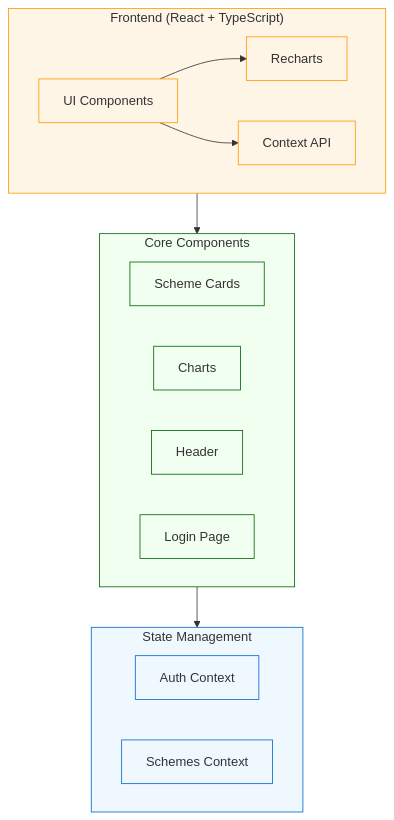
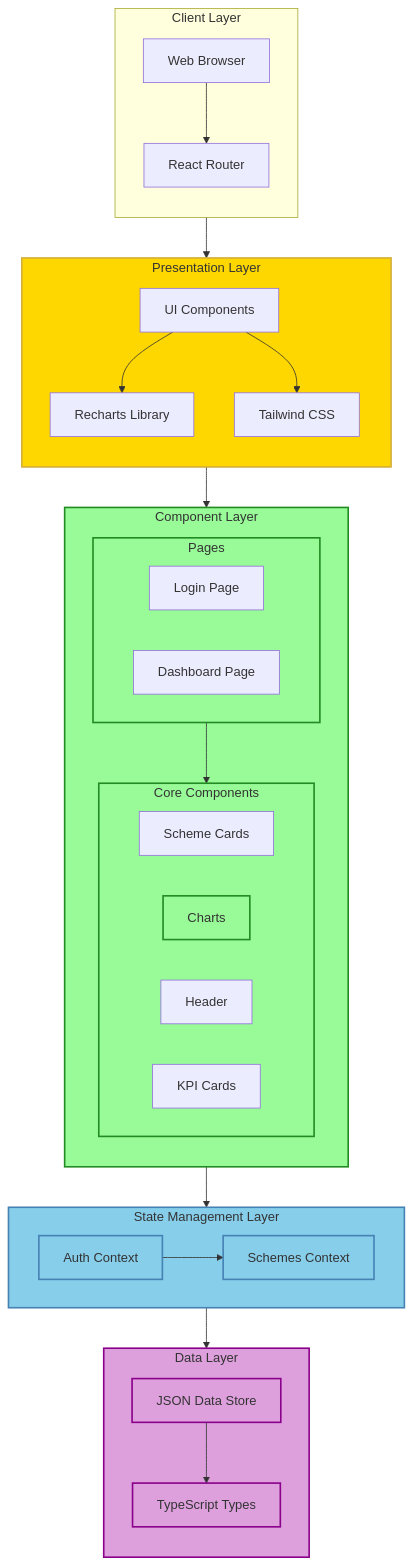
One commit to ogshivam/maharashtra-scheme-visualizer changed the first of 2 diagrams in README.md. Above: the diagram before and after it, drawn with Mermaid. The commit also changed other lines of this file, not shown here.

Commit message:
updated diagram

````diff
--- a/README.md
+++ b/README.md
@@ -7,37 +7,68 @@
 ```mermaid
 flowchart TD
-    subgraph Frontend ["Frontend (React + TypeScript)"]
-        style Frontend fill:#fff5e6,stroke:#ff9900
-        UI[UI Components]
-        RC[Recharts]
-        CTX[Context API]
-        style UI fill:#fff5e6,stroke:#ff9900
-        style RC fill:#fff5e6,stroke:#ff9900
-        style CTX fill:#fff5e6,stroke:#ff9900
-        UI --> RC
-        UI --> CTX
+    classDef frontend fill:#FFD700,stroke:#D4AF37,stroke-width:2px
+    classDef components fill:#98FB98,stroke:#228B22,stroke-width:2px
+    classDef state fill:#87CEEB,stroke:#4682B4,stroke-width:2px
+    classDef data fill:#DDA0DD,stroke:#8B008B,stroke-width:2px
+
+    subgraph Client ["Client Layer"]
+        direction TB
+        Browser["Web Browser"]
+        Router["React Router"]
+        
+        Browser --> Router
     end
 
-    subgraph Components ["Core Components"]
-        style Components fill:#f0fff0,stroke:#006400
-        SC[Scheme Cards]
-        CH[Charts]
-        HD[Header]
-        LP[Login Page]
-        style SC fill:#f0fff0,stroke:#006400
-        style CH fill:#f0fff0,stroke:#006400
-        style HD fill:#f0fff0,stroke:#006400
-        style LP fill:#f0fff0,stroke:#006400
+    subgraph Frontend ["Presentation Layer"]
+        direction TB
+        UI["UI Components"]
+        RC["Recharts Library"]
+        Tailwind["Tailwind CSS"]
+        
+        UI --> RC
+        UI --> Tailwind
     end
 
-    subgraph State ["State Management"]
-        style State fill:#f0f8ff,stroke:#0066cc
-        AC[Auth Context]
-        SchC[Schemes Context]
-        style AC fill:#f0f8ff,stroke:#0066cc
-        style SchC fill:#f0f8ff,stroke:#0066cc
+    subgraph Components ["Component Layer"]
+        direction TB
+        subgraph Pages ["Pages"]
+            LP["Login Page"]
+            DP["Dashboard Page"]
+        end
+        
+        subgraph Core ["Core Components"]
+            SC["Scheme Cards"]
+            CH["Charts"]:::components
+            HD["Header"]
+            KPI["KPI Cards"]
+        end
+        
+        Pages --> Core
     end
 
+    subgraph State ["State Management Layer"]
+        direction LR
+        AC["Auth Context"]
+        SchC["Schemes Context"]
+        
+        AC --> SchC
+    end
+
+    subgraph Data ["Data Layer"]
+        direction TB
+        JSON["JSON Data Store"]
+        Types["TypeScript Types"]
+        
+        JSON --> Types
+    end
+
+    Client --> Frontend
     Frontend --> Components
     Components --> State
+    State --> Data
+
+    class Frontend frontend
+    class Components,Core,Pages components
+    class State,AC,SchC state
+    class Data,JSON,Types data
 ```
````
